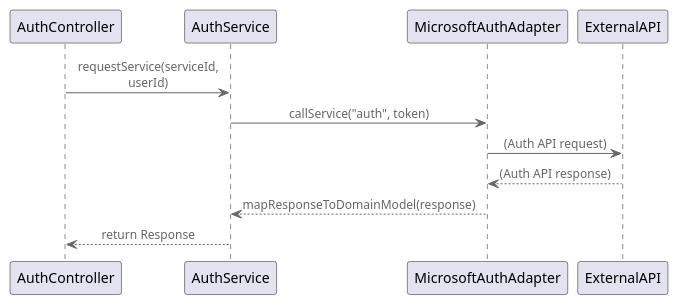
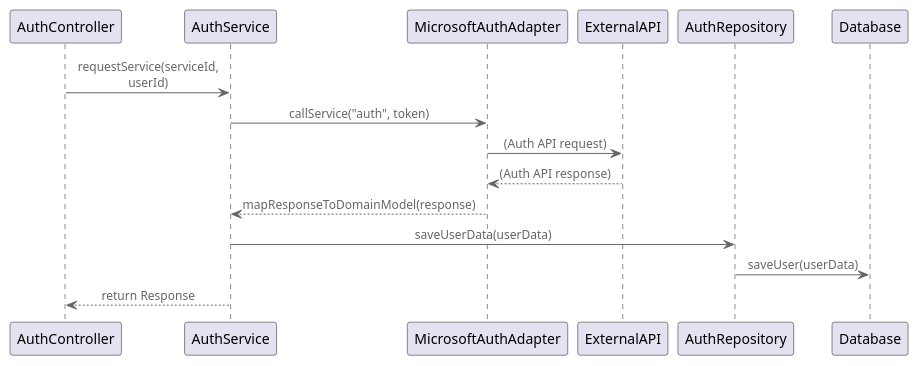
Before and after one commit to AIM-ENE-feb25/triptop-groep-3: the diagram in opdracht-diagrammen/Ontwerpvraag/Cas/Sequence diagram - stap 3 - Cas.puml, drawn with PlantUML. The commit also changed 1 other file, not shown here.

Commit message:
Diagrammen verbeterd

```diff
--- a/opdracht-diagrammen/Ontwerpvraag/Cas/Sequence diagram - stap 3 - Cas.puml
+++ b/opdracht-diagrammen/Ontwerpvraag/Cas/Sequence diagram - stap 3 - Cas.puml
@@ -1,18 +1,23 @@
 @startuml C4_Components
 !include https://raw.githubusercontent.com/plantuml-stdlib/C4-PlantUML/master/C4_Component.puml
 
 participant AuthController
 participant AuthService
 participant MicrosoftAuthAdapter
 participant ExternalAPI
+participant AuthRepository
+participant Database
 
 AuthController -> AuthService: requestService(serviceId, userId)
 AuthService -> MicrosoftAuthAdapter: callService("auth", token)
 MicrosoftAuthAdapter -> ExternalAPI: (Auth API request)
 
 ExternalAPI --> MicrosoftAuthAdapter: (Auth API response)
 MicrosoftAuthAdapter --> AuthService: mapResponseToDomainModel(response)
 
+AuthService -> AuthRepository: saveUserData(userData)
+AuthRepository -> Database: saveUser(userData)
+
 AuthService --> AuthController: return Response
 
 @enduml
```
